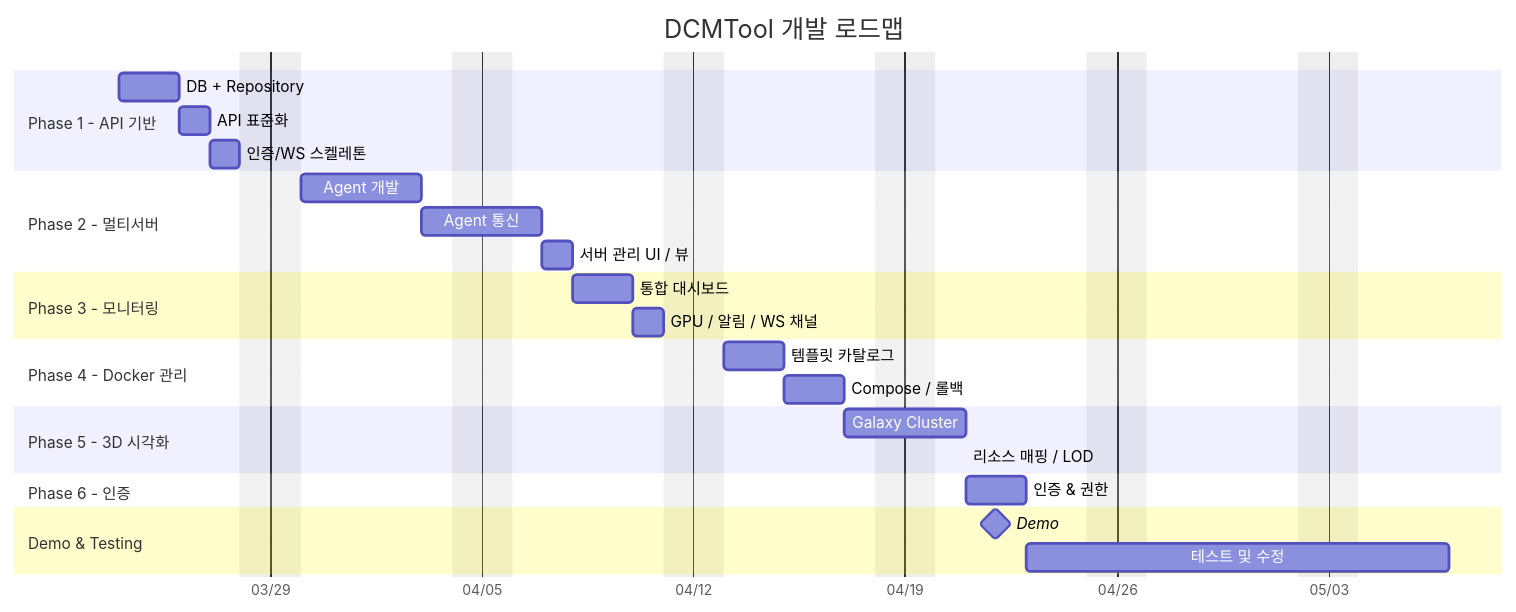
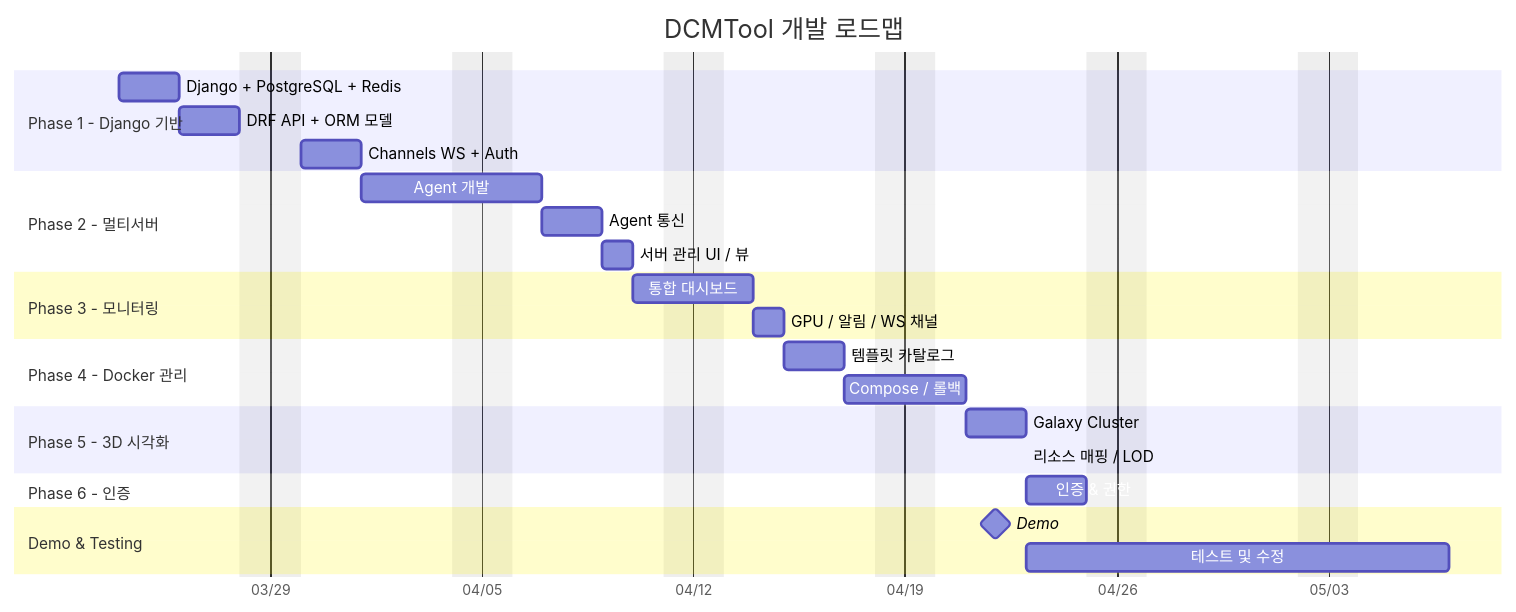
Before and after one commit to qkr7287/HyperCube: diagram 11 of 11 in docs/to-be-architecture.md, drawn with Mermaid. The commit also changed other lines of this file, not shown here.

First line of the commit message:
docs: switch backend from Fastify to Django

````diff
--- a/docs/to-be-architecture.md
+++ b/docs/to-be-architecture.md
@@ -659,36 +664,36 @@
 ```mermaid
 gantt
     title DCMTool 개발 로드맵
     dateFormat YYYY-MM-DD
     axisFormat %m/%d
     excludes weekends
 
-    section Phase 1 - API 기반
-    DB + Repository      :p1a, 2026-03-24, 2d
-    API 표준화            :p1b, after p1a, 1d
-    인증/WS 스켈레톤       :p1c, after p1b, 1d
+    section Phase 1 - Django 기반
+    Django + PostgreSQL + Redis  :p1a, 2026-03-24, 2d
+    DRF API + ORM 모델           :p1b, after p1a, 2d
+    Channels WS + Auth           :p1c, after p1b, 2d
 
     section Phase 2 - 멀티서버
     Agent 개발           :p2a, after p1c, 4d
     Agent 통신           :p2b, after p2a, 2d
     서버 관리 UI / 뷰     :p2c, after p2b, 1d
 
     section Phase 3 - 모니터링
     통합 대시보드          :p3a, after p2c, 2d
     GPU / 알림 / WS 채널  :p3b, after p3a, 1d
 
     section Phase 4 - Docker 관리
     템플릿 카탈로그        :p4a, after p3b, 2d
     Compose / 롤백        :p4b, after p4a, 2d
 
     section Phase 5 - 3D 시각화
     Galaxy Cluster        :p5a, after p4b, 2d
     리소스 매핑 / LOD     :p5b, after p5a, 0d
 
     section Phase 6 - 인증
     인증 & 권한           :p6a, after p5b, 2d
 
     section Demo & Testing
     Demo                 :milestone, demo, 2026-04-22, 0d
     테스트 및 수정         :test, 2026-04-23, 10d
 ```
````
